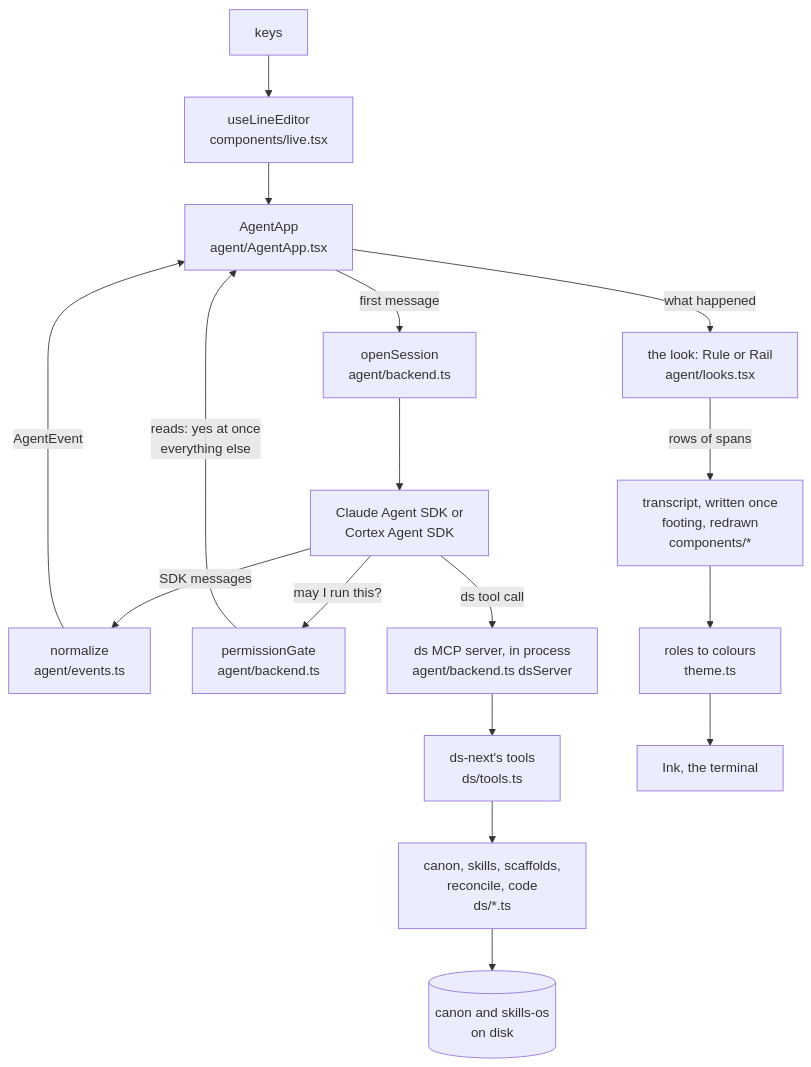
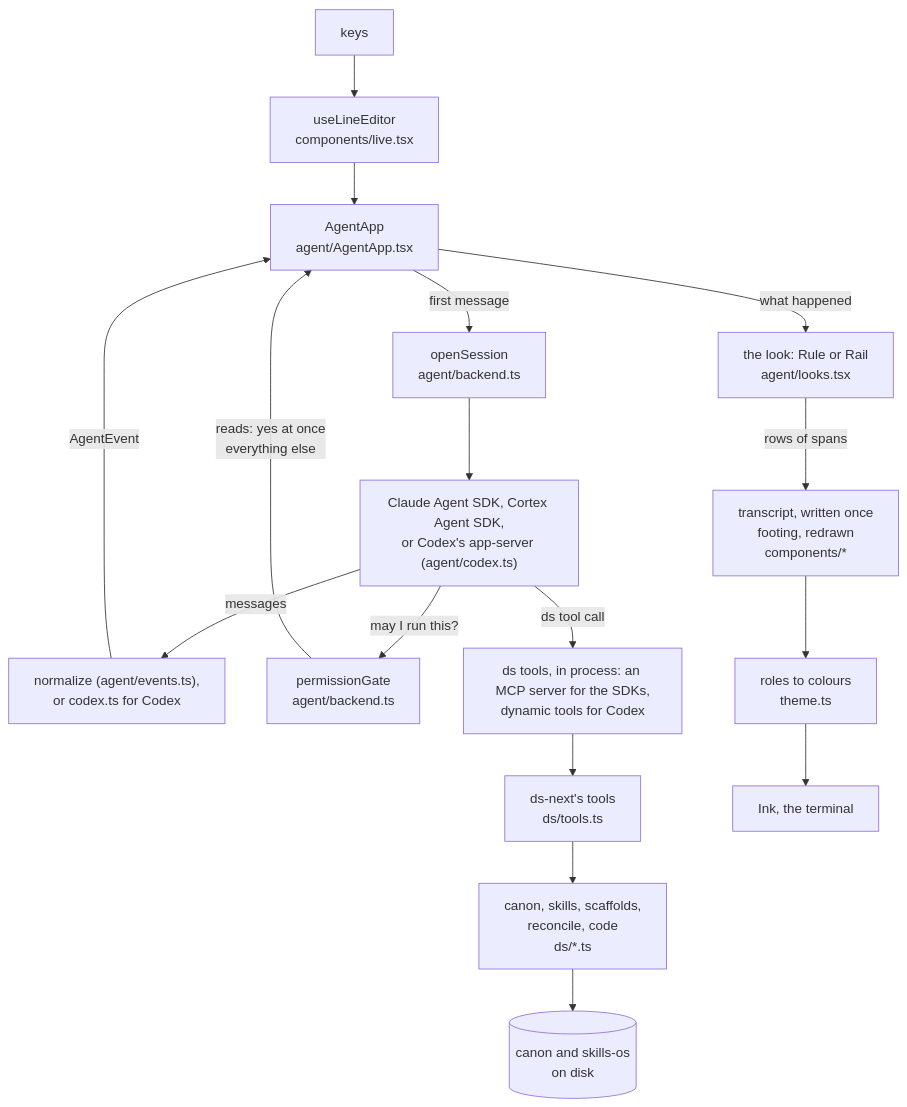
The diagram in ARCHITECTURE.md (cwkoenigs/ds-code), drawn with Mermaid before and after one commit. The commit also changed other lines of this file and 18 other files, not shown here.

````diff
--- a/ARCHITECTURE.md
+++ b/ARCHITECTURE.md
@@ -9,19 +9,19 @@
 ```mermaid
 flowchart TD
   key[keys] --> editor["useLineEditor<br/>components/live.tsx"]
   editor --> app["AgentApp<br/>agent/AgentApp.tsx"]
   app -- "first message" --> session["openSession<br/>agent/backend.ts"]
-  session --> sdk["Claude Agent SDK or<br/>Cortex Agent SDK"]
-  sdk -- "SDK messages" --> events["normalize<br/>agent/events.ts"]
+  session --> sdk["Claude Agent SDK, Cortex Agent SDK,<br/>or Codex's app-server (agent/codex.ts)"]
+  sdk -- "messages" --> events["normalize (agent/events.ts),<br/>or codex.ts for Codex"]
   events -- "AgentEvent" --> app
   sdk -- "may I run this?" --> gate["permissionGate<br/>agent/backend.ts"]
   gate -- "reads: yes at once<br/>everything else" --> app
-  sdk -- "ds tool call" --> server["ds MCP server, in process<br/>agent/backend.ts dsServer"]
+  sdk -- "ds tool call" --> server["ds tools, in process: an MCP server for the SDKs,<br/>dynamic tools for Codex"]
   server --> tools["ds-next's tools<br/>ds/tools.ts"]
   tools --> kb["canon, skills, scaffolds,<br/>reconcile, code<br/>ds/*.ts"]
   kb --> disk[("canon and skills-os<br/>on disk")]
   app -- "what happened" --> look["the look: Rule or Rail<br/>agent/looks.tsx"]
   look -- "rows of spans" --> screen["transcript, written once<br/>footing, redrawn<br/>components/*"]
   screen --> theme["roles to colours<br/>theme.ts"]
   theme --> ink[Ink, the terminal]
 ```
````
